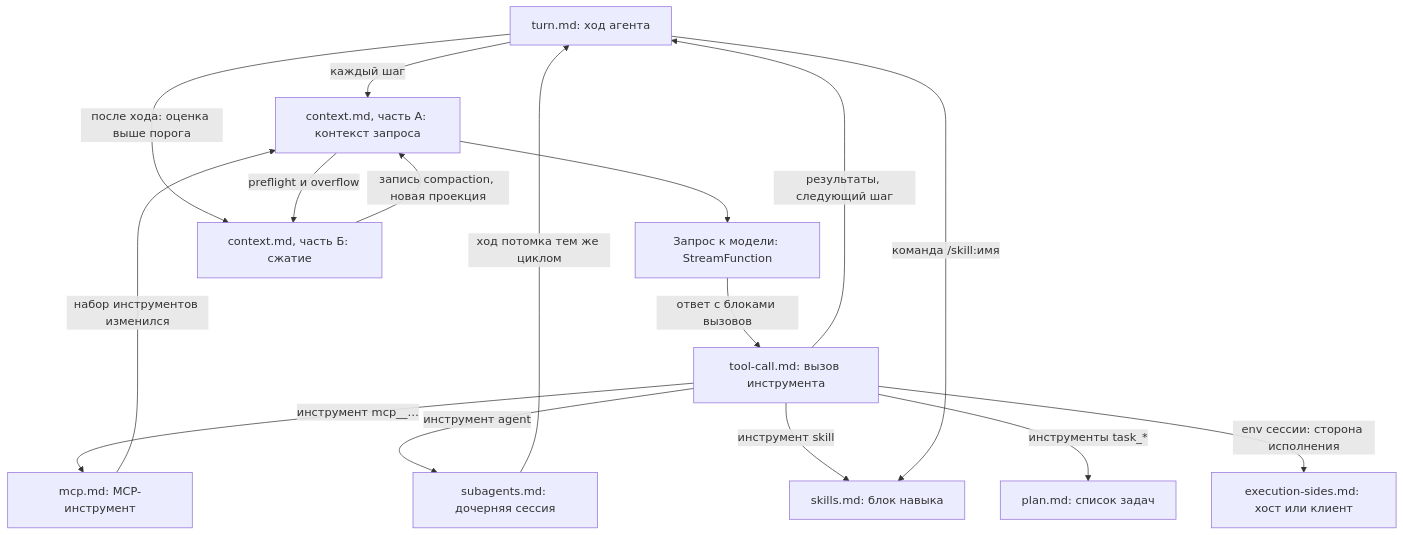
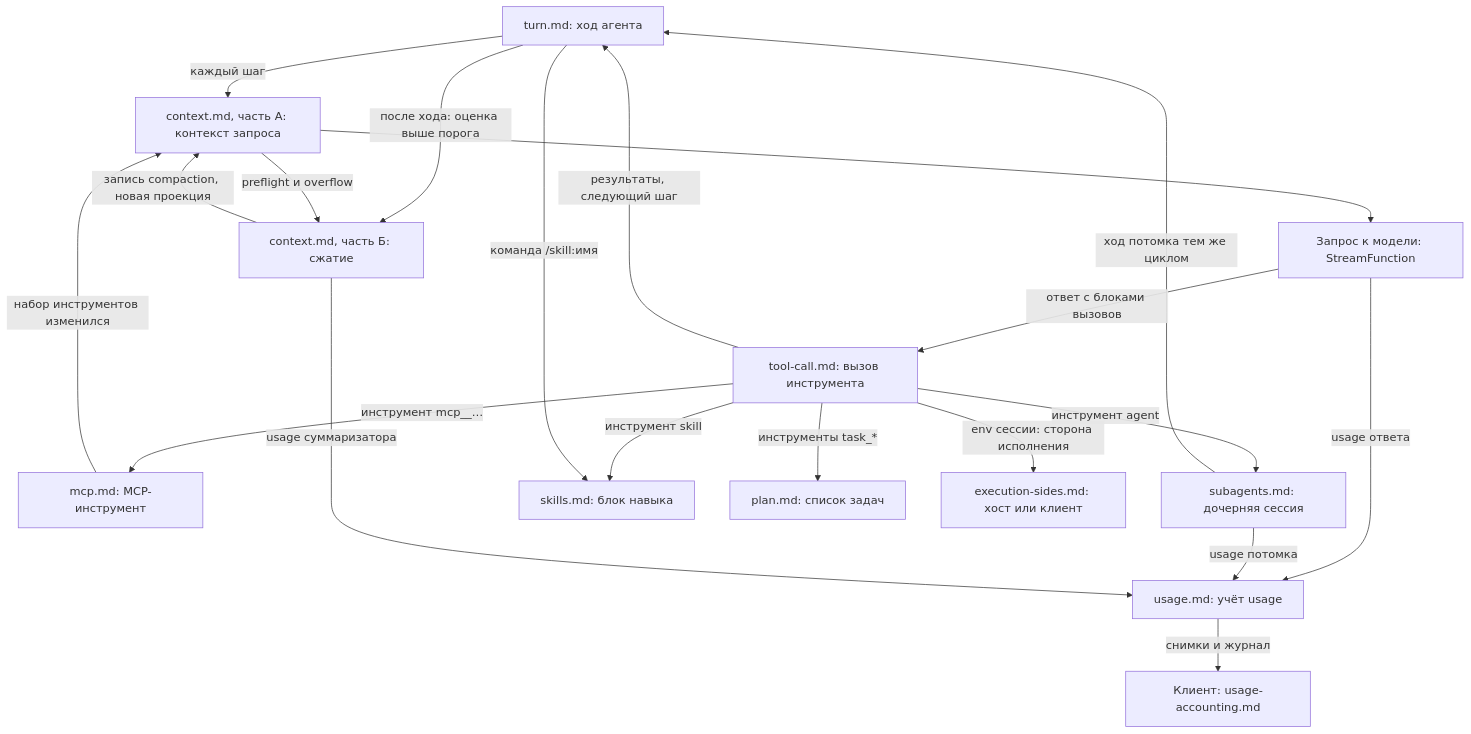
Before and after one commit to pese-git/codelab-app: the diagram in packages/dart/codelab_agent_core/doc/algorithms/README.md, drawn with Mermaid. The commit also changed other lines of this file and 14 other files, not shown here.

Commit message:
docs: механизм подсчёта usage — сторона агента (токены провайдеров, цена в микродолларах, агрегация шаг/ход/сессия, журнал usage, _codelab/session/usage и ledger) и сторона клиента (приём, UsageFold, запрос журнала, показ в desktop, REPL и TUI)

````diff
--- a/packages/dart/codelab_agent_core/doc/algorithms/README.md
+++ b/packages/dart/codelab_agent_core/doc/algorithms/README.md
@@ -29,18 +30,22 @@
 ```mermaid
 flowchart TD
     turn["turn.md: ход агента"] -->|"каждый шаг"| ctx["context.md, часть А: контекст запроса"]
     ctx --> model["Запрос к модели: StreamFunction"]
     model -->|"ответ с блоками вызовов"| tc["tool-call.md: вызов инструмента"]
     tc -->|"инструмент mcp__…"| mcp["mcp.md: MCP-инструмент"]
     tc -->|"результаты, следующий шаг"| turn
     mcp -->|"набор инструментов изменился"| ctx
     turn -->|"после хода: оценка выше порога"| cmp["context.md, часть Б: сжатие"]
     ctx -->|"preflight и overflow"| cmp
     cmp -->|"запись compaction, новая проекция"| ctx
     tc -->|"инструмент agent"| sub["subagents.md: дочерняя сессия"]
     sub -->|"ход потомка тем же циклом"| turn
     tc -->|"инструмент skill"| sk["skills.md: блок навыка"]
     turn -->|"команда /skill:имя"| sk
     tc -->|"инструменты task_*"| pl["plan.md: список задач"]
     tc -->|"env сессии: сторона исполнения"| ex["execution-sides.md: хост или клиент"]
+    model -->|"usage ответа"| us["usage.md: учёт usage"]
+    sub -->|"usage потомка"| us
+    cmp -->|"usage суммаризатора"| us
+    us -->|"снимки и журнал"| client["Клиент: usage-accounting.md"]
 ```
````
